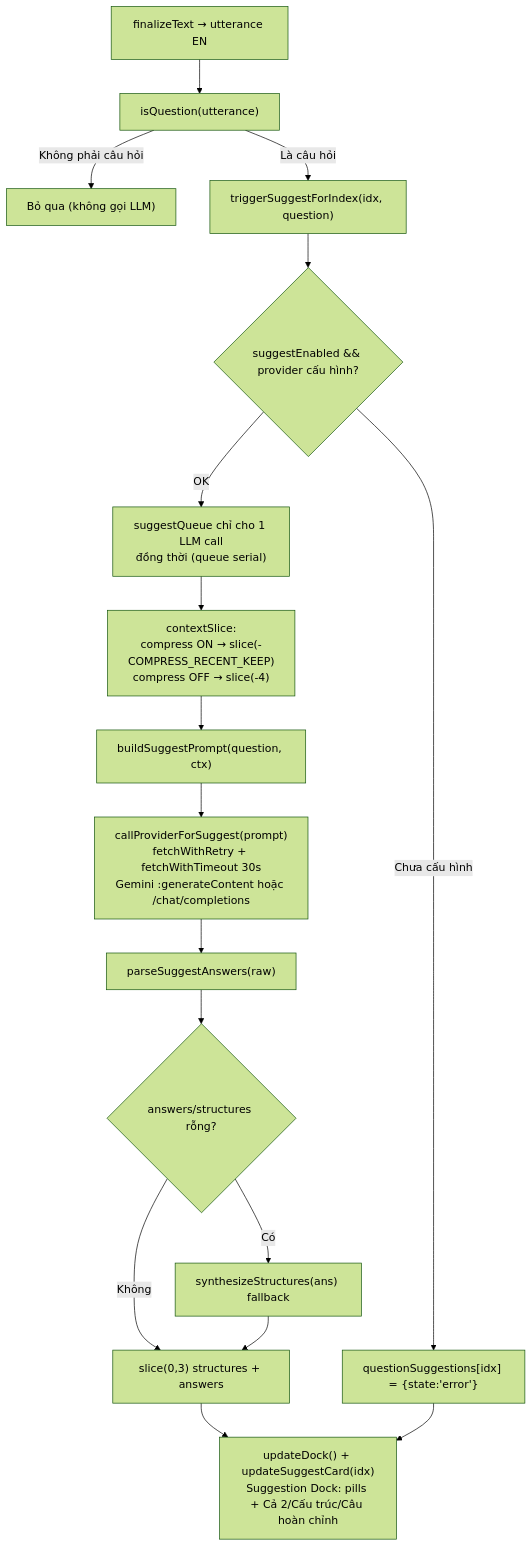
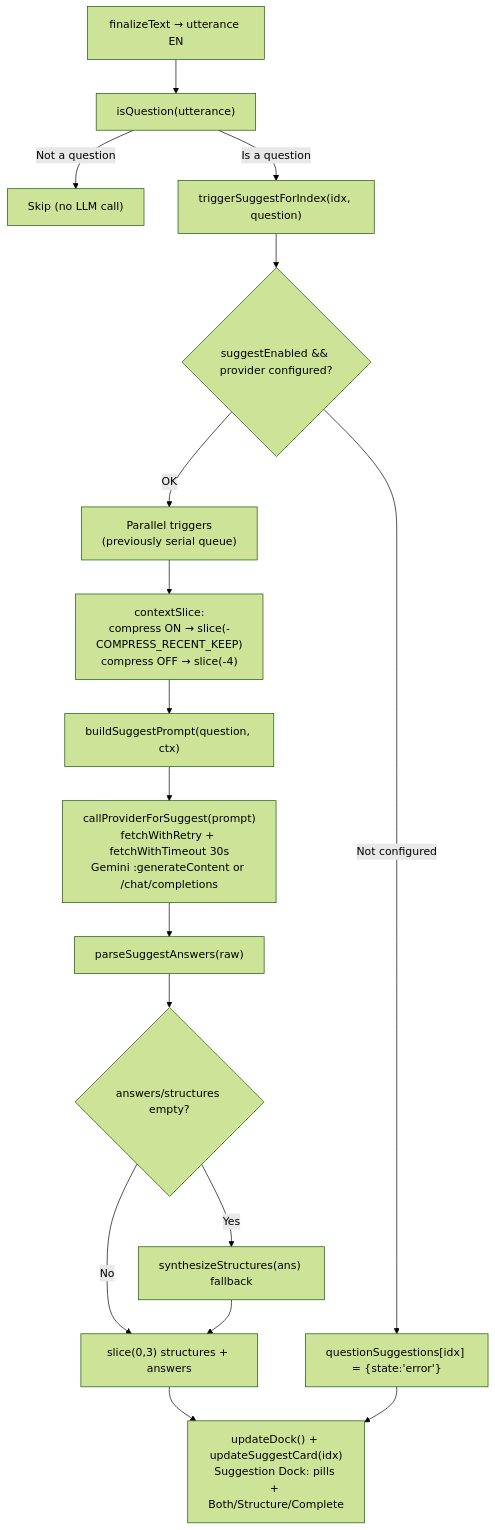
Before and after one commit to nbhson/app-live-translate-extension: the fifth of 9 diagrams in README.md, drawn with Mermaid (forest theme). The commit also changed other lines of this file, not shown here.

````diff
--- a/README.md
+++ b/README.md
@@ -192,22 +192,22 @@
 ```mermaid
 flowchart TD
     A["finalizeText → utterance EN"] --> B["isQuestion(utterance)"]
-    B -- "Không phải câu hỏi" --> END["Bỏ qua (không gọi LLM)"]
-    B -- "Là câu hỏi" --> C["triggerSuggestForIndex(idx, question)"]
+    B -- "Not a question" --> END["Skip (no LLM call)"]
+    B -- "Is a question" --> C["triggerSuggestForIndex(idx, question)"]
 
-    C --> D{"suggestEnabled && provider cấu hình?"}
-    D -- "Chưa cấu hình" --> E["questionSuggestions[idx] = {state:'error'}"]
+    C --> D{"suggestEnabled && provider configured?"}
+    D -- "Not configured" --> E["questionSuggestions[idx] = {state:'error'}"]
 
-    D -- "OK" --> F["suggestQueue chỉ cho 1 LLM call<br/>đồng thời (queue serial)"]
+    D -- "OK" --> F["Parallel triggers<br/>(previously serial queue)"]
     F --> G["contextSlice:<br/>compress ON → slice(-COMPRESS_RECENT_KEEP)<br/>compress OFF → slice(-4)"]
 
     G --> H["buildSuggestPrompt(question, ctx)"]
-    H --> I["callProviderForSuggest(prompt)<br/>fetchWithRetry + fetchWithTimeout 30s<br/>Gemini :generateContent hoặc /chat/completions"]
+    H --> I["callProviderForSuggest(prompt)<br/>fetchWithRetry + fetchWithTimeout 30s<br/>Gemini :generateContent or /chat/completions"]
     I --> J["parseSuggestAnswers(raw)"]
-    J --> K{"answers/structures rỗng?"}
-    K -- "Có" --> L["synthesizeStructures(ans) fallback"]
-    K -- "Không" --> M["slice(0,3) structures + answers"]
+    J --> K{"answers/structures empty?"}
+    K -- "Yes" --> L["synthesizeStructures(ans) fallback"]
+    K -- "No" --> M["slice(0,3) structures + answers"]
     L --> M
-    M --> N["updateDock() + updateSuggestCard(idx)<br/>Suggestion Dock: pills + Cả 2/Cấu trúc/Câu hoàn chỉnh"]
+    M --> N["updateDock() + updateSuggestCard(idx)<br/>Suggestion Dock: pills + Both/Structure/Complete"]
     E --> N
 ```
````
